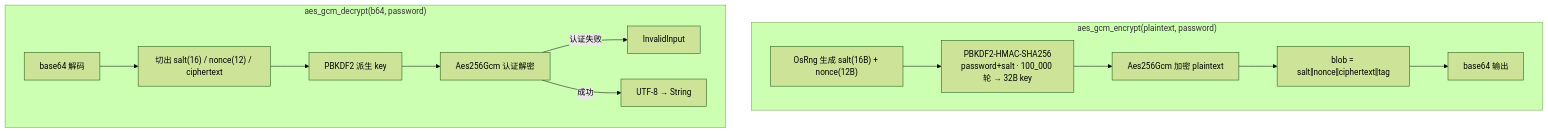
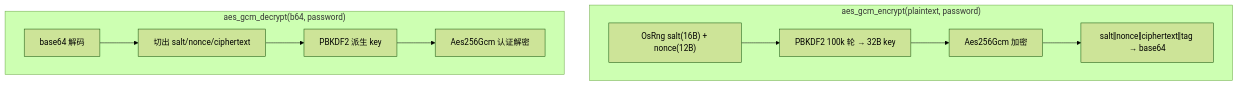
The sixth of 8 diagrams in docs/flow.md (int2t05/NexToolkit), drawn with Mermaid (forest theme) before and after one commit. The commit also changed other lines of this file and 5 other files, not shown here.

First line of the commit message:
docs: 全量重构——prd/tech/api/flow/todo + README,mermaid 为主,简洁成熟

````diff
--- a/docs/flow.md
+++ b/docs/flow.md
@@ -39,16 +79,13 @@
 ```mermaid
 flowchart TD
   subgraph 加密["aes_gcm_encrypt(plaintext, password)"]
-    R["OsRng 生成 salt(16B) + nonce(12B)"] --> K["PBKDF2-HMAC-SHA256<br/>password+salt · 100_000 轮 → 32B key"]
-    K --> E["Aes256Gcm 加密 plaintext"]
-    E --> B["blob = salt‖nonce‖ciphertext‖tag"]
-    B --> B64["base64 输出"]
+    R["OsRng salt(16B) + nonce(12B)"] --> K["PBKDF2 100k 轮 → 32B key"]
+    K --> E["Aes256Gcm 加密"]
+    E --> B["salt‖nonce‖ciphertext‖tag → base64"]
   end
   subgraph 解密["aes_gcm_decrypt(b64, password)"]
-    D1["base64 解码"] --> S["切出 salt(16) / nonce(12) / ciphertext"]
+    D["base64 解码"] --> S["切出 salt/nonce/ciphertext"]
     S --> K2["PBKDF2 派生 key"]
     K2 --> D2["Aes256Gcm 认证解密"]
-    D2 -->|"认证失败"| F["InvalidInput"]
-    D2 -->|"成功"| U["UTF-8 → String"]
   end
 ```
````
